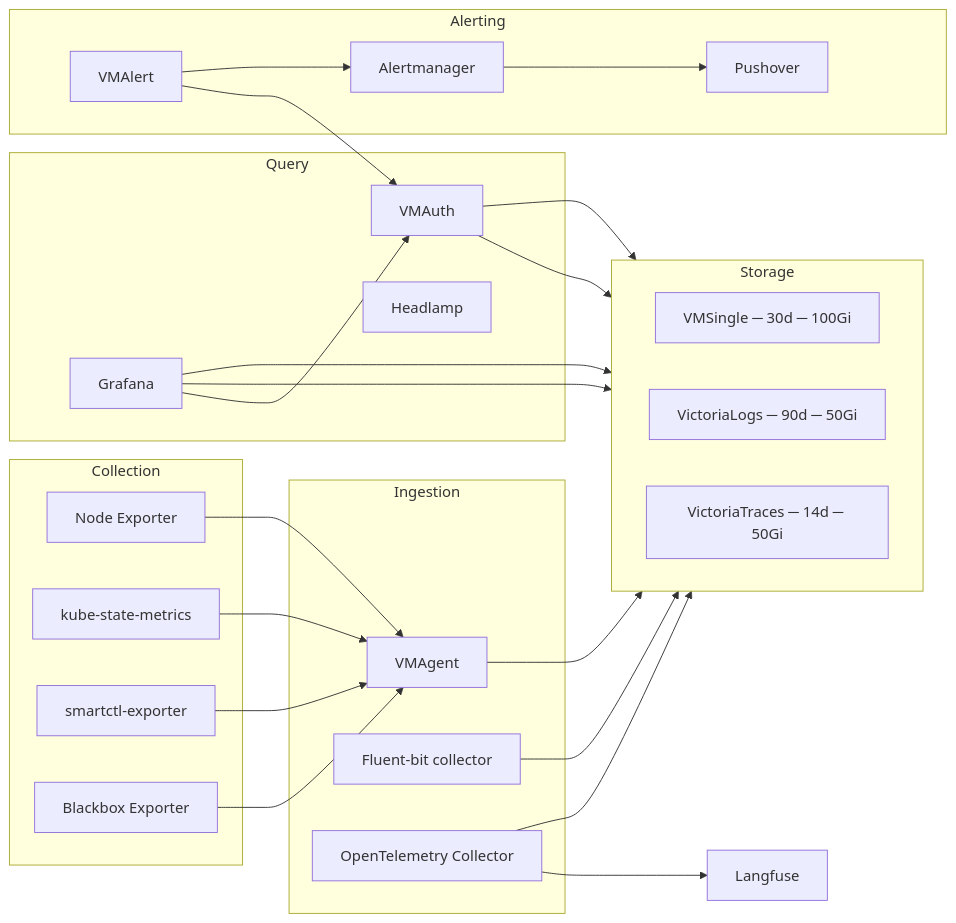
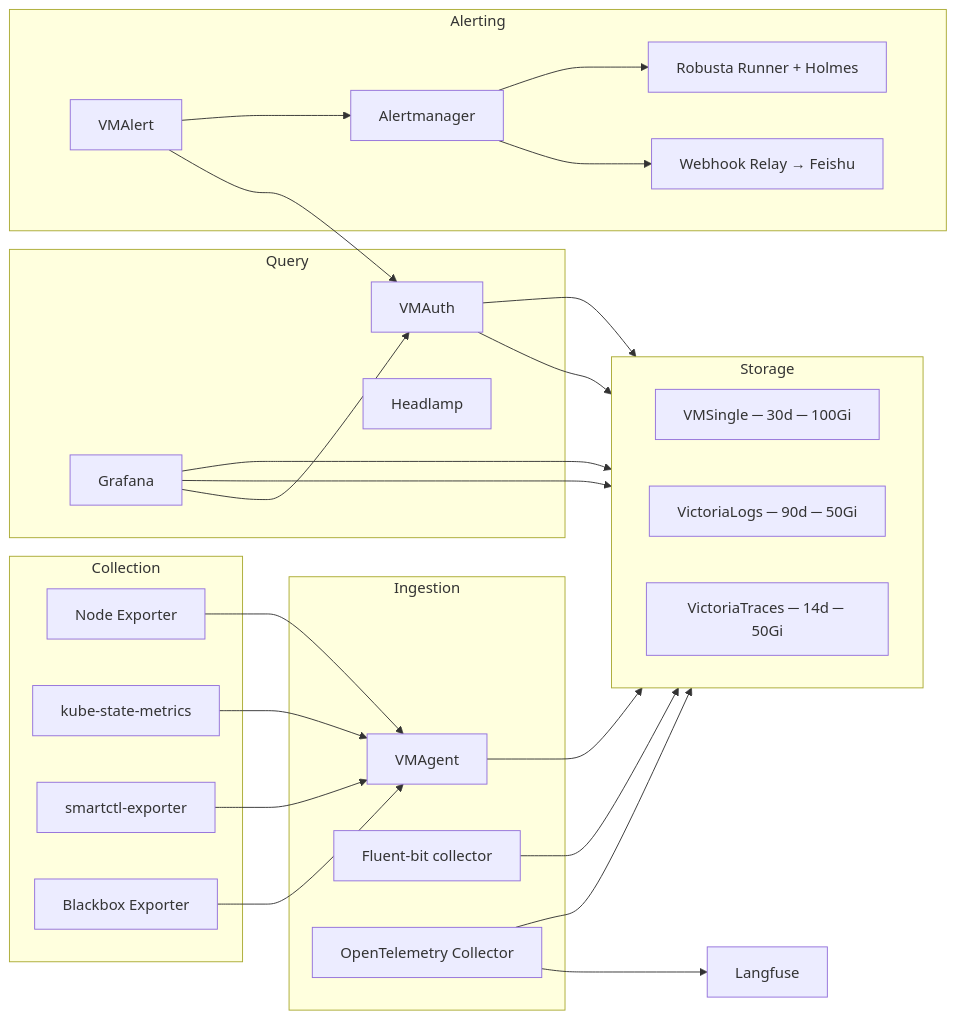
One commit to soulwhisper/home-ops changed the diagram in docs/application/monitoring.md. Above: the diagram before and after it, drawn with Mermaid. The commit also changed other lines of this file and 120 other files, not shown here.

First line of the commit message:
feat: ai-ops loop — robusta+holmes, kyverno policies, agent lane, homelab-tickets (draft) (#3983)

````diff
--- a/docs/application/monitoring.md
+++ b/docs/application/monitoring.md
@@ -7,44 +7,47 @@
 ```mermaid
 flowchart LR
   subgraph Collection
     NE[Node Exporter]
     KSM[kube-state-metrics]
     SMART[smartctl-exporter]
     BB[Blackbox Exporter]
   end
 
   subgraph Ingestion
     VM[VMAgent]
     FB[Fluent-bit collector]
     OTEL[OpenTelemetry Collector]
   end
 
   subgraph Storage
     direction LR
     VMS[VMSingle ─ 30d ─ 100Gi]
     VL[VictoriaLogs ─ 90d ─ 50Gi]
     VT[VictoriaTraces ─ 14d ─ 50Gi]
   end
 
   subgraph Query
     VAUTH[VMAuth]
     GRAF[Grafana]
     HEAD[Headlamp]
   end
 
   subgraph Alerting
     VMALERT[VMAlert]
     AM[Alertmanager]
-    PUSH[Pushover]
+    RELAY[Webhook Relay → Feishu]
+    ROB[Robusta Runner + Holmes]
   end
 
   NE & KSM & SMART --> VM
   BB --> VM
   VM --> VMS
   FB --> VL
   OTEL --> VT & Langfuse
   VAUTH --> VMS & VL
   GRAF --> VAUTH & VL & VT
   VMALERT --> VAUTH
-  VMALERT --> AM --> PUSH
+  VMALERT --> AM
+  AM --> RELAY
+  AM --> ROB
 ```
````
